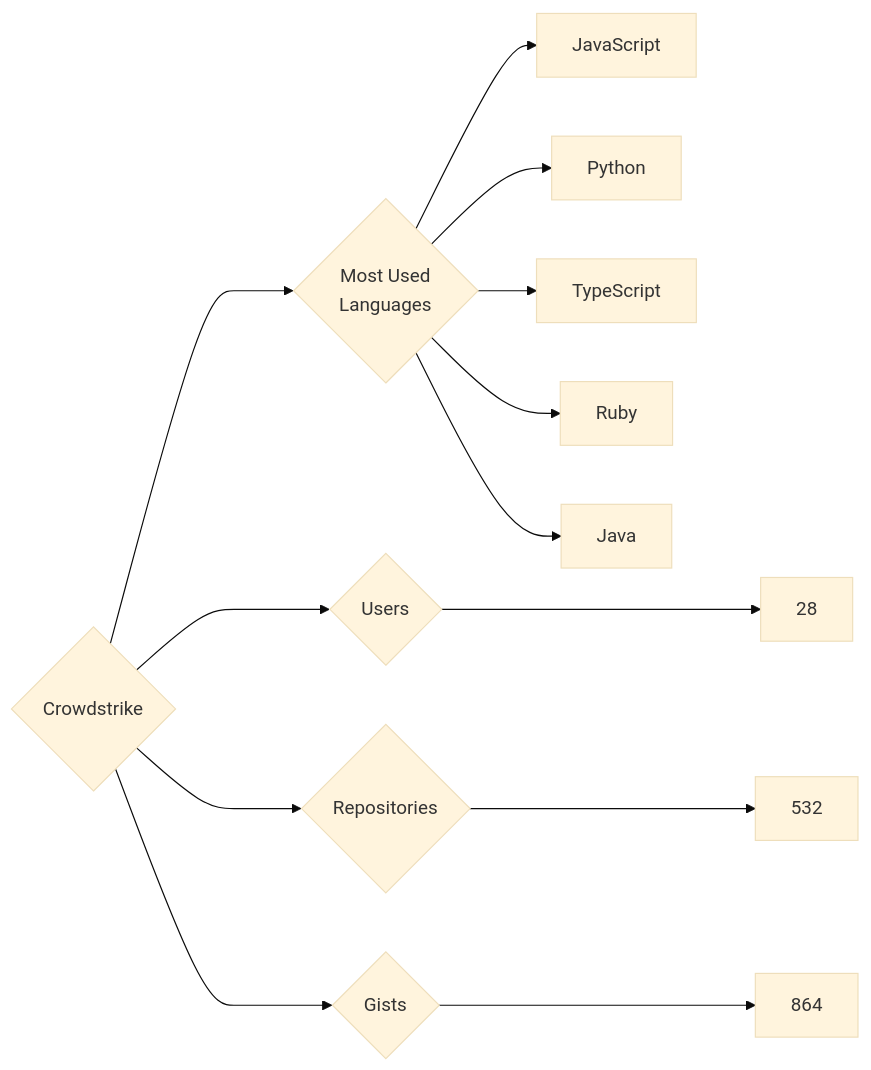
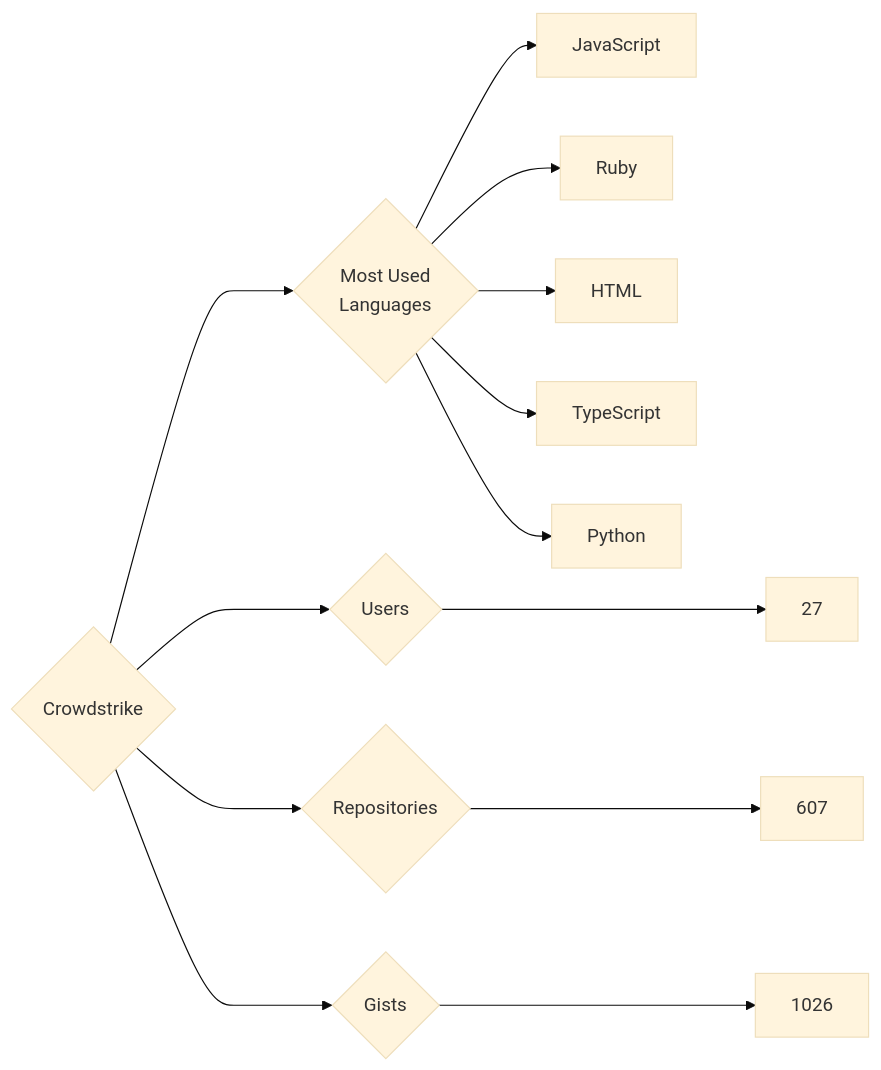
Before and after one commit to trickest/insiders: the diagram in targets/Crowdstrike/README.md, drawn with Mermaid (base theme). The commit also changed 895 other files, not shown here.

````diff
--- a/targets/Crowdstrike/README.md
+++ b/targets/Crowdstrike/README.md
@@ -3,13 +3,13 @@
 ```mermaid
 graph LR
 COMPANY_NAME{Crowdstrike}
-COMPANY_NAME ---> U{Users} ---> UN[28]
-COMPANY_NAME ---> R{Repositories} ---> RN[532]
-COMPANY_NAME ---> G{Gists} ---> GN[864]
+COMPANY_NAME ---> U{Users} ---> UN[27]
+COMPANY_NAME ---> R{Repositories} ---> RN[607]
+COMPANY_NAME ---> G{Gists} ---> GN[1026]
 COMPANY_NAME ---> ML{Most Used<br>Languages}
 ML --> JavaScript[JavaScript]
+ML --> Ruby[Ruby]
+ML --> HTML[HTML]
+ML --> TypeScript[TypeScript]
 ML --> Python[Python]
-ML --> TypeScript[TypeScript]
-ML --> Ruby[Ruby]
-ML --> Java[Java]
 ```
````
